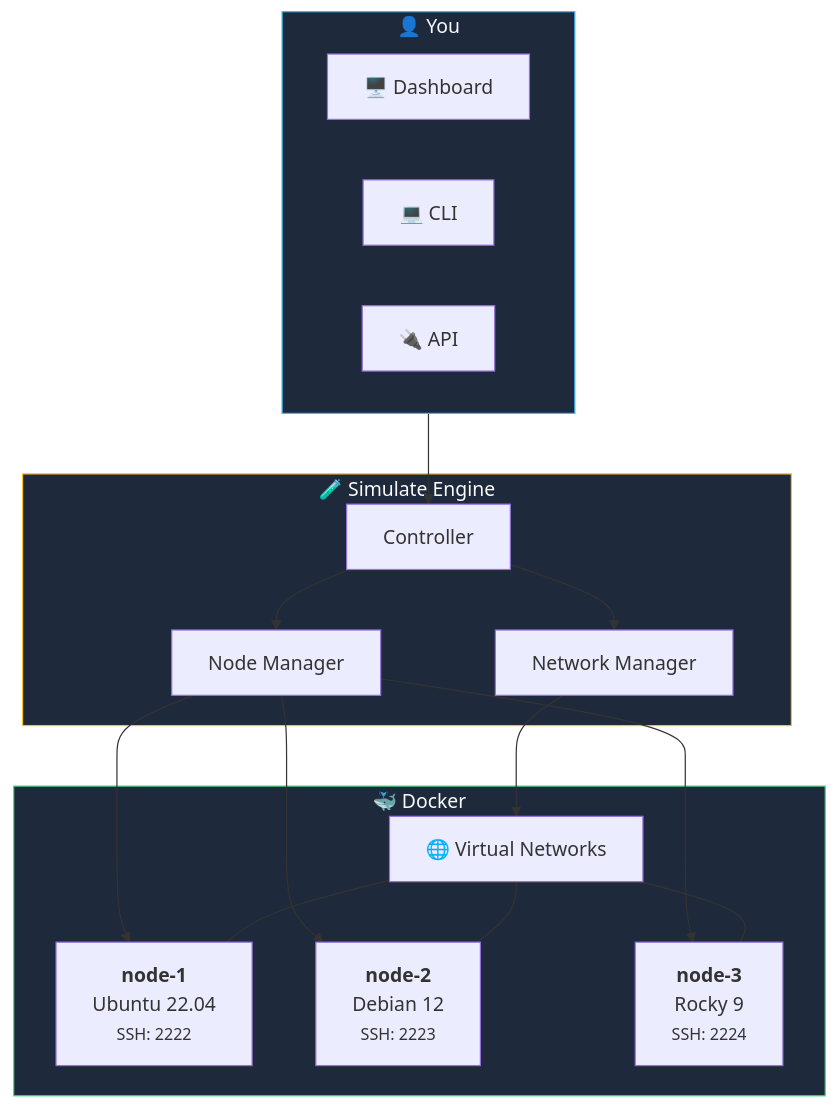
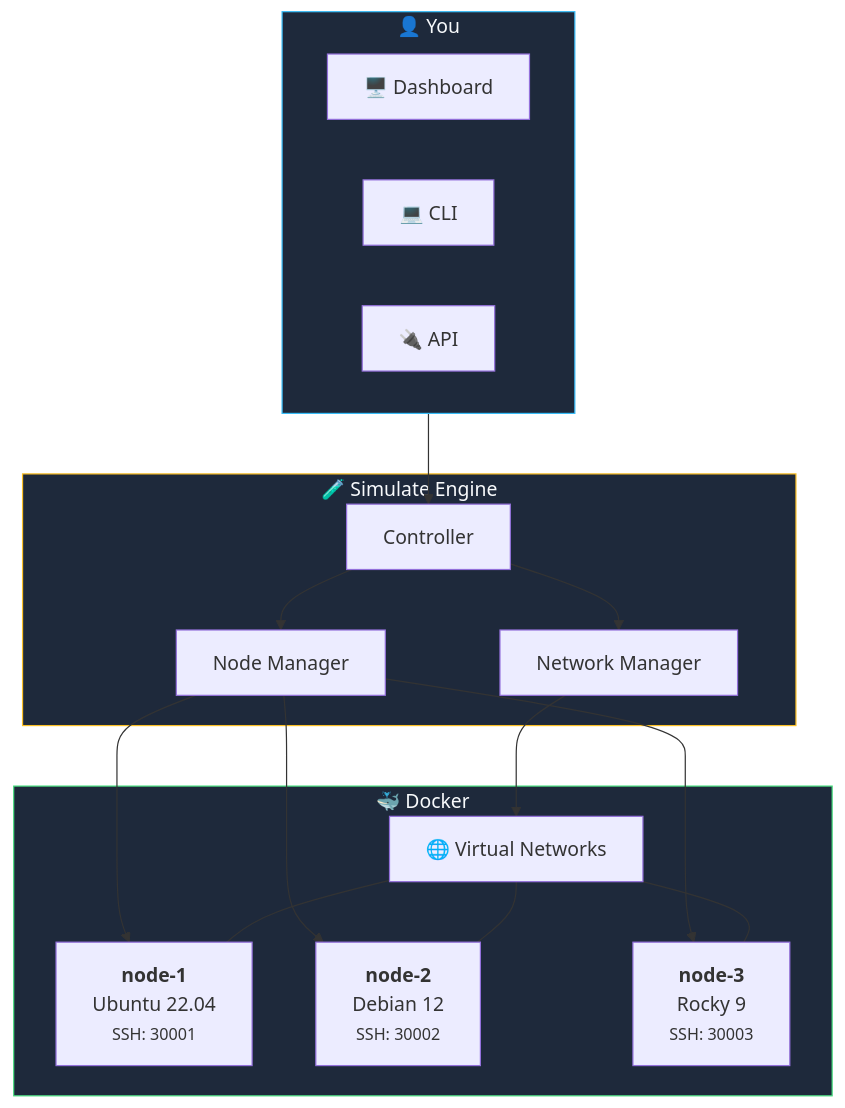
Before and after one commit to KombiverseLabs/docs: the second of 4 diagrams in sim/overview.mdx, drawn with Mermaid. The commit also changed other lines of this file and 95 other files, not shown here.

````diff
--- a/sim/overview.mdx
+++ b/sim/overview.mdx
@@ -74,32 +74,32 @@
 ```mermaid
 flowchart TB
     subgraph You["👤 You"]
         direction LR
         Dashboard["🖥️ Dashboard"]
         CLI["💻 CLI"]
         API["🔌 API"]
     end
     
     subgraph Sim["🧪 Simulate Engine"]
         Controller["Controller"]
         NodeMgr["Node Manager"]
         NetMgr["Network Manager"]
     end
     
     subgraph Docker["🐳 Docker"]
-        N1["<b>node-1</b><br/>Ubuntu 22.04<br/><small>SSH: 2222</small>"]
-        N2["<b>node-2</b><br/>Debian 12<br/><small>SSH: 2223</small>"]
-        N3["<b>node-3</b><br/>Rocky 9<br/><small>SSH: 2224</small>"]
+        N1["<b>node-1</b><br/>Ubuntu 22.04<br/><small>SSH: 30001</small>"]
+        N2["<b>node-2</b><br/>Debian 12<br/><small>SSH: 30002</small>"]
+        N3["<b>node-3</b><br/>Rocky 9<br/><small>SSH: 30003</small>"]
         Net["🌐 Virtual Networks"]
     end
     
     You --> Controller
     Controller --> NodeMgr & NetMgr
     NodeMgr --> N1 & N2 & N3
     NetMgr --> Net
     Net --- N1 & N2 & N3
     
     style You fill:#1e293b,stroke:#38bdf8,color:#f8fafc
     style Sim fill:#1e293b,stroke:#fbbf24,color:#f8fafc
     style Docker fill:#1e293b,stroke:#4ade80,color:#f8fafc
 ```
````
